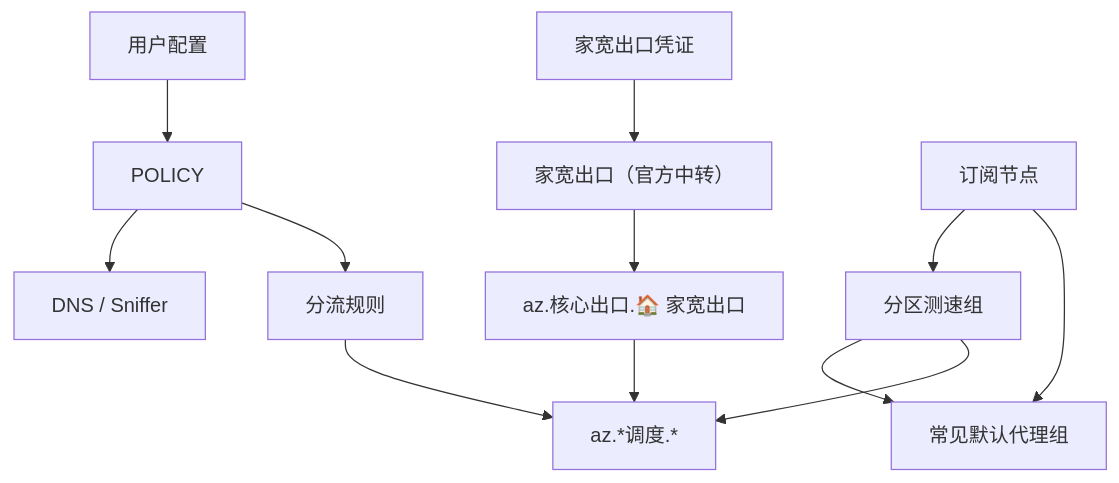
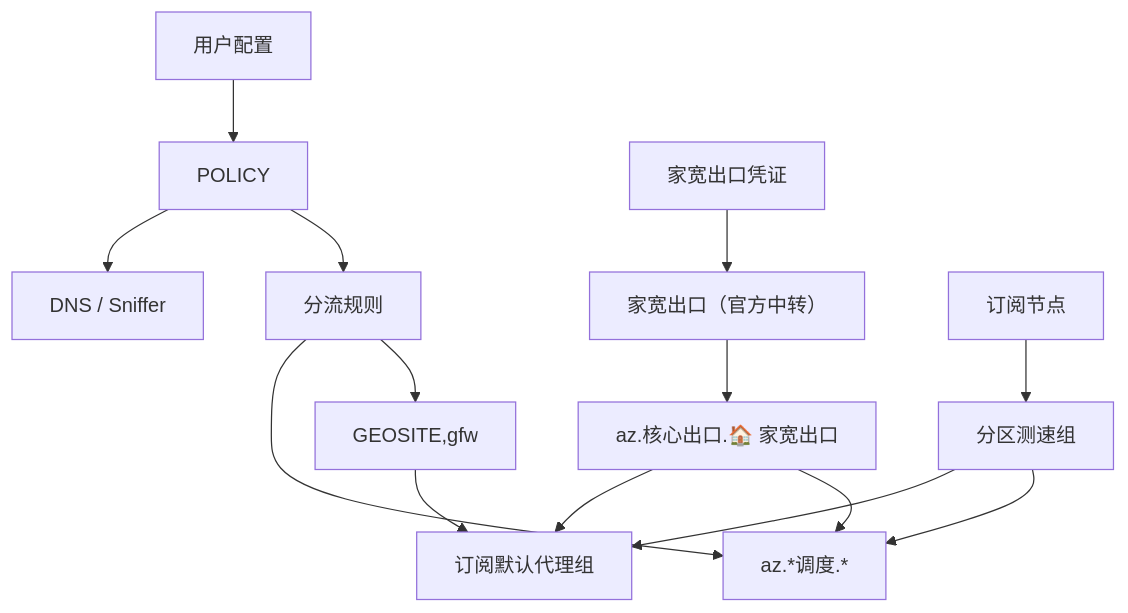
One commit to andrew-zyf/clash-override-home-broadband-chain-proxy changed the diagram in README.md. Above: the diagram before and after it, drawn with Mermaid. The commit also changed other lines of this file and 3 other files, not shown here.

````diff
--- a/README.md
+++ b/README.md
@@ -108,14 +102,16 @@
 ```mermaid
 flowchart TD
   A["用户配置"] --> B["POLICY"]
   B --> C["DNS / Sniffer"]
   B --> D["分流规则"]
   E["家宽出口凭证"] --> F["家宽出口（官方中转）"]
   F --> G["az.核心出口.🏠 家宽出口"]
   H["订阅节点"] --> I["分区测速组"]
-  H --> K["常见默认代理组"]
-  I --> K
+  I --> K["订阅默认代理组"]
+  G --> K
   G --> J["az.*调度.*"]
   I --> J
   D --> J
+  D --> L["GEOSITE,gfw"]
+  L --> K
 ```
````
